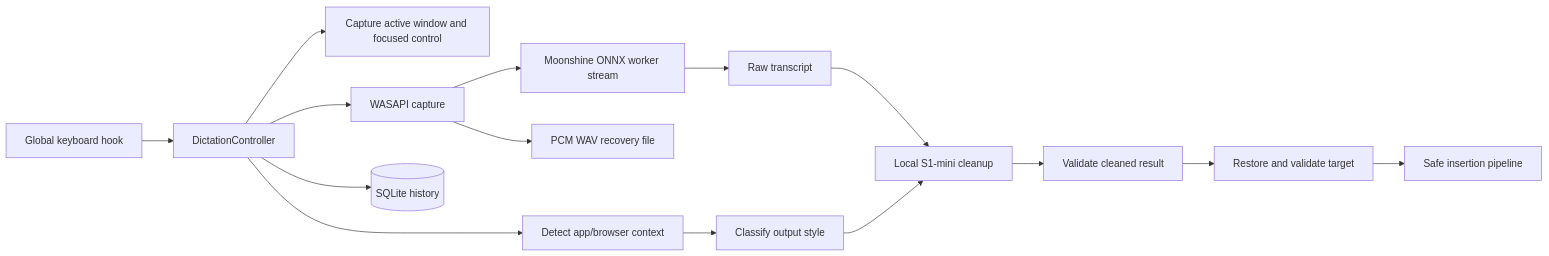
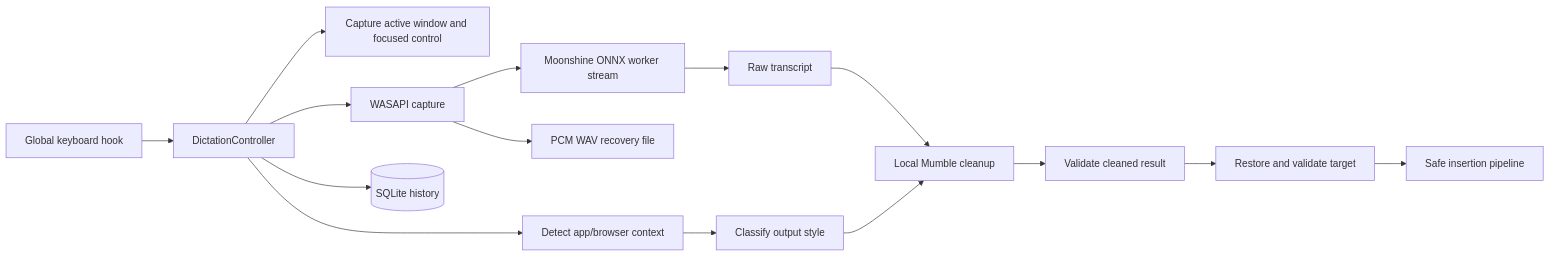
The diagram in docs/architecture.md (kpsr01/flow_local), drawn with Mermaid before and after one commit. The commit also changed other lines of this file and 10 other files, not shown here.

Commit message:
switched s1-mini with mumble

````diff
--- a/docs/architecture.md
+++ b/docs/architecture.md
@@ -15,17 +15,17 @@
 ```mermaid
 flowchart LR
   K[Global keyboard hook] --> C[DictationController]
   C --> T[Capture active window and focused control]
   C --> X[Detect app/browser context]
   X --> S[Classify output style]
   C --> A[WASAPI capture]
   A --> W[PCM WAV recovery file]
   A --> N[Moonshine ONNX worker stream]
   N --> R[Raw transcript]
-  R --> L[Local S1-mini cleanup]
+  R --> L[Local Mumble cleanup]
   S --> L
   L --> V[Validate cleaned result]
   V --> I[Restore and validate target]
   I --> P[Safe insertion pipeline]
   C --> D[(SQLite history)]
 ```
````
